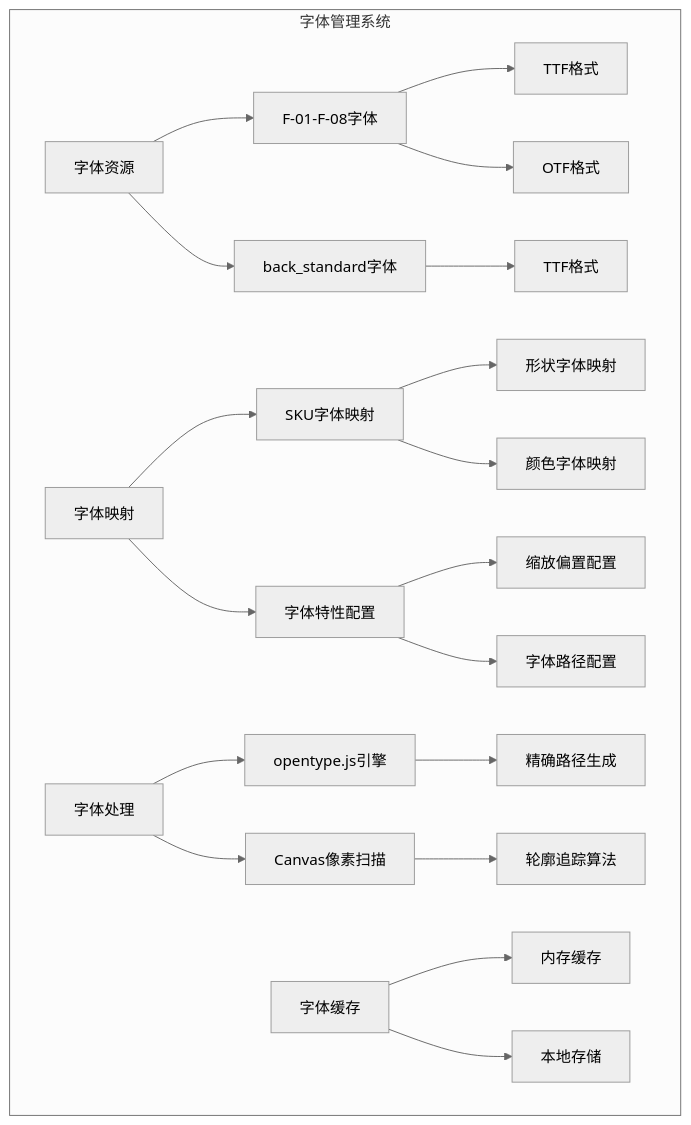
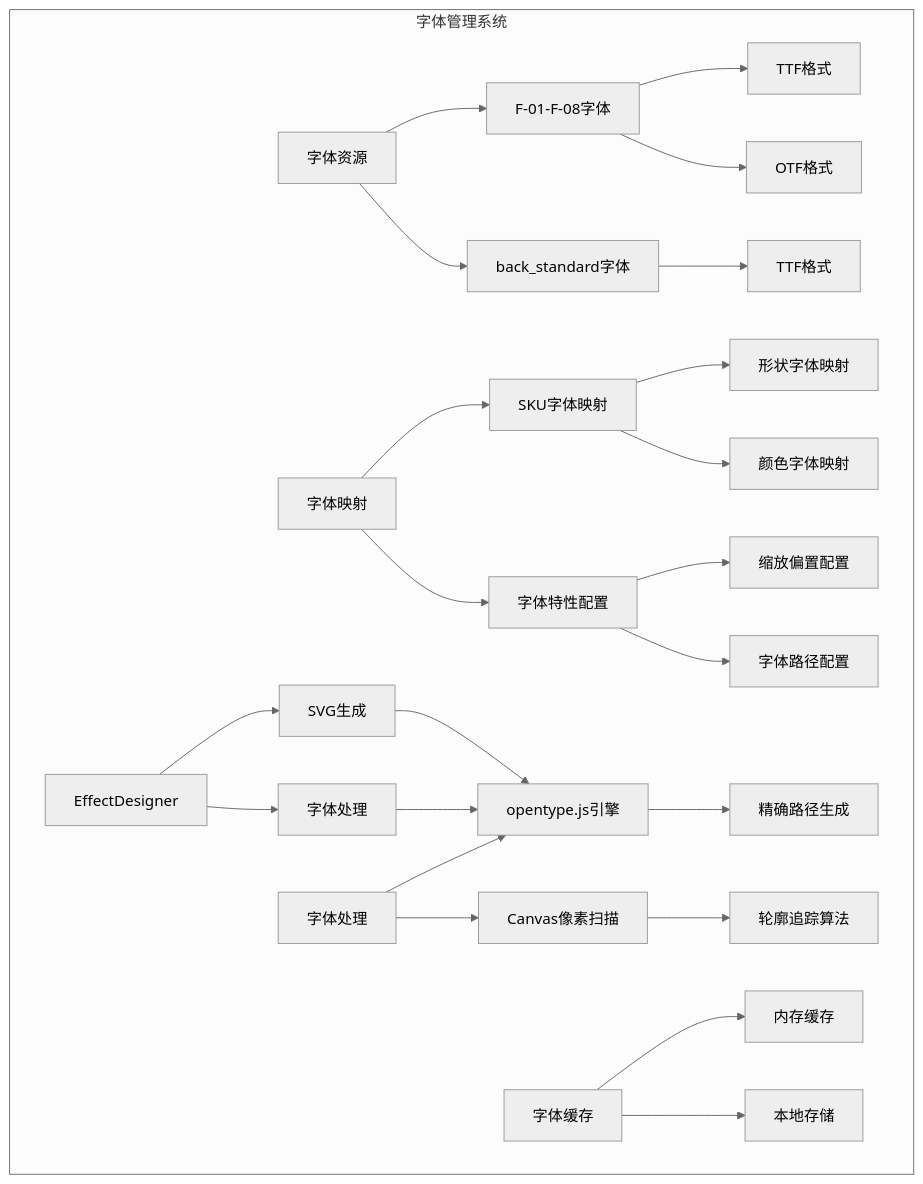
Diagram 18 of 31 in .qoder/repowiki/zh/content/开发指南/Vue组件架构.md (SY6621/POD-Order-Management), drawn with Mermaid (neutral theme) before and after one commit. The commit also changed other lines of this file and 15 other files, not shown here.

````diff
--- a/.qoder/repowiki/zh/content/开发指南/Vue组件架构.md
+++ b/.qoder/repowiki/zh/content/开发指南/Vue组件架构.md
@@ -567,22 +762,26 @@
 ```mermaid
 graph TB
 subgraph "字体管理系统"
 A[字体资源] --> B[F-01-F-08字体]
 A --> C[back_standard字体]
 B --> B1[TTF格式]
 B --> B2[OTF格式]
 C --> C1[TTF格式]
 D[字体映射] --> E[SKU字体映射]
 D --> F[字体特性配置]
 E --> E1[形状字体映射]
 E --> E2[颜色字体映射]
 F --> F1[缩放偏置配置]
 F --> F2[字体路径配置]
 G[字体处理] --> H[opentype.js引擎]
 G --> I[Canvas像素扫描]
 H --> H1[精确路径生成]
 I --> I1[轮廓追踪算法]
 J[字体缓存] --> K[内存缓存]
 J --> L[本地存储]
+M[EffectDesigner] --> N[字体处理]
+M --> O[SVG生成]
+N --> H
+O --> H
 end
 ```
````
